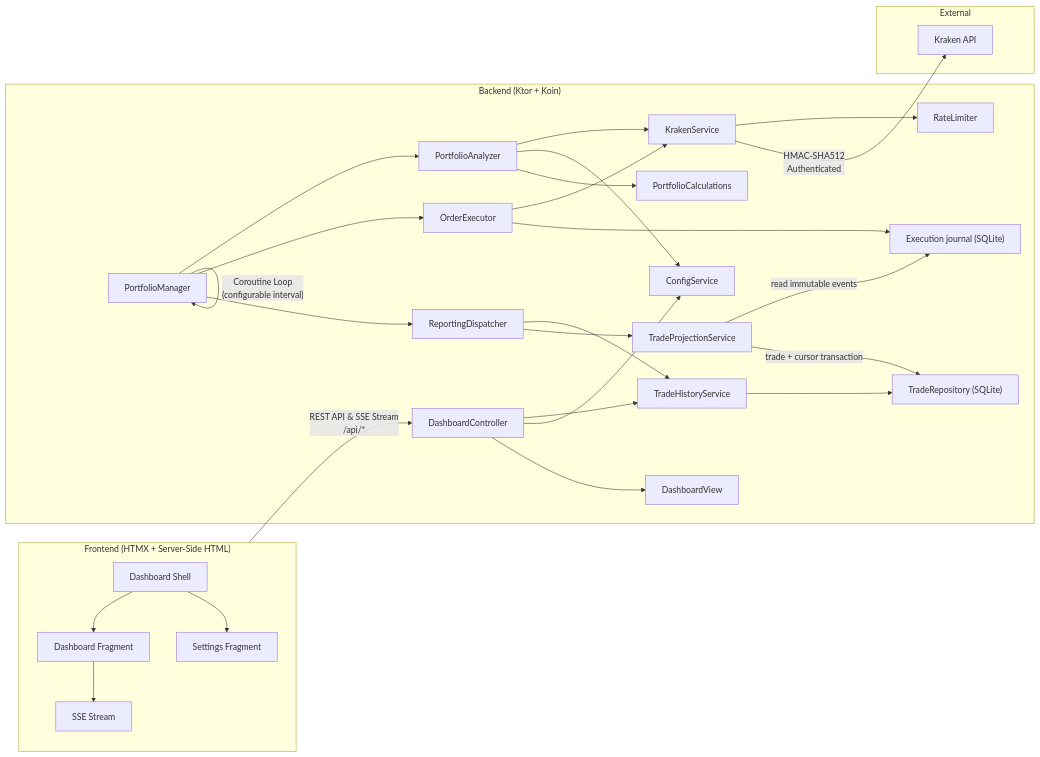
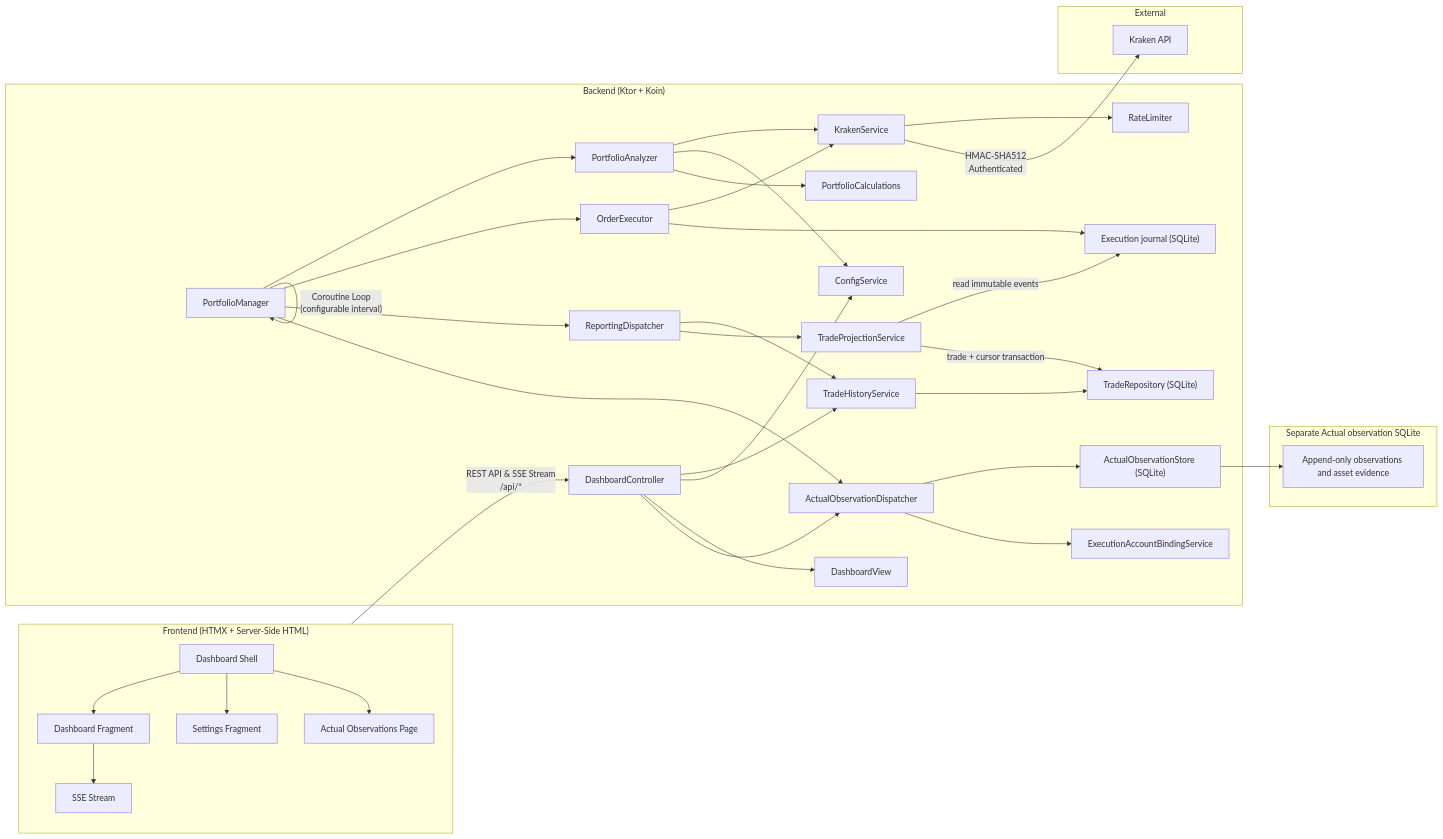
One commit to HyperVon/new-kraken-rebalancer changed the first of 2 diagrams in README.md. Above: the diagram before and after it, drawn with Mermaid. The commit also changed other lines of this file and 61 other files, not shown here.

Commit message:
feat: add forward-only actual portfolio observations

````diff
--- a/README.md
+++ b/README.md
@@ -493,37 +502,46 @@
 ```mermaid
 graph LR
     subgraph Frontend["Frontend (HTMX + Server-Side HTML)"]
         D[Dashboard Shell] --> DF[Dashboard Fragment]
         D --> SF[Settings Fragment]
+        D --> AF[Actual Observations Page]
         DF --> SS[SSE Stream]
     end
 
     subgraph Backend["Backend (Ktor + Koin)"]
         DC[DashboardController] --> THS[TradeHistoryService]
         DC --> CS[ConfigService]
         DC --> DV[DashboardView]
         PM[PortfolioManager] --> PA[PortfolioAnalyzer]
         PM --> OE[OrderExecutor]
         PM --> RD[ReportingDispatcher]
+        PM --> AD[ActualObservationDispatcher]
+        DC --> AD
+        AD --> AOS["ActualObservationStore (SQLite)"]
+        AD --> EAB[ExecutionAccountBindingService]
 
         PA --> KS[KrakenService]
         PA --> CS
         PA --> PC[PortfolioCalculations]
         OE --> KS
         OE --> EJ["Execution journal (SQLite)"]
         RD --> THS
         RD --> TP[TradeProjectionService]
         THS --> TR["TradeRepository (SQLite)"]
         TP -->|"read immutable events"| EJ
         TP -->|"trade + cursor transaction"| TR
         KS --> RL[RateLimiter]
     end
 
+    subgraph ActualDB["Separate Actual observation SQLite"]
+        AOS --> AR[Append-only observations and asset evidence]
+    end
+
     subgraph External
         KA[Kraken API]
     end
 
     Frontend -- "REST API & SSE Stream\n/api/*" --> DC
     PM -- "Coroutine Loop\n(configurable interval)" --> PM
     KS -- "HMAC-SHA512\nAuthenticated" --> KA
 ```
````
